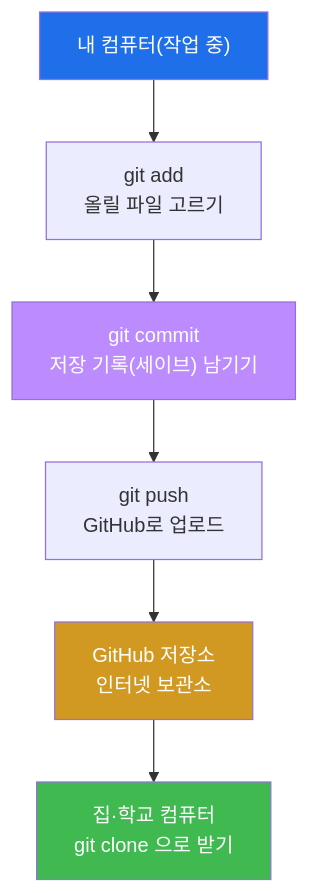
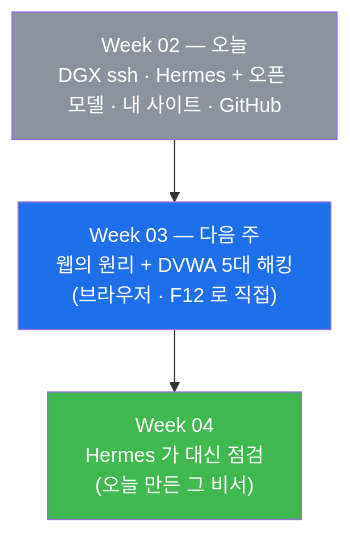
One commit to mrgrit/easy_web_hacking_class changed the eighth of 8 diagrams in contents/training/lecture_week02.md. Above: the diagram before and after it, drawn with Mermaid. The commit also changed other lines of this file and 68 other files, not shown here.

````diff
--- a/contents/training/lecture_week02.md
+++ b/contents/training/lecture_week02.md
@@ -658,15 +952,10 @@
 ```mermaid
-graph TB
-    A["내 컴퓨터(작업 중)"]
-    B["git add<br/>올릴 파일 고르기"]
-    C["git commit<br/>저장 기록(세이브) 남기기"]
-    D["git push<br/>GitHub로 업로드"]
-    E["GitHub 저장소<br/>인터넷 보관소"]
-    F["집·학교 컴퓨터<br/>git clone 으로 받기"]
-    A --> B --> C --> D --> E
-    E --> F
-    style A fill:#1f6feb,color:#fff
-    style C fill:#bc8cff,color:#fff
-    style E fill:#d29922,color:#fff
-    style F fill:#3fb950,color:#fff
+graph TD
+    W02["Week 02 — 오늘<br/>DGX ssh · Hermes + 오픈 모델 · 내 사이트 · GitHub"]
+    W03["Week 03 — 다음 주<br/>웹의 원리 + DVWA 5대 해킹<br/>(브라우저 · F12 로 직접)"]
+    W04["Week 04<br/>Hermes 가 대신 점검<br/>(오늘 만든 그 비서)"]
+    W02 --> W03 --> W04
+    style W02 fill:#8b949e,color:#fff
+    style W03 fill:#1f6feb,color:#fff
+    style W04 fill:#3fb950,color:#fff
 ```
````
